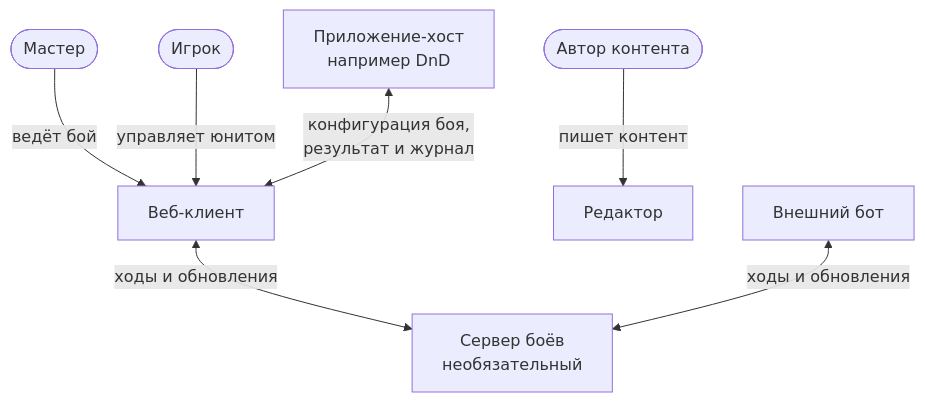
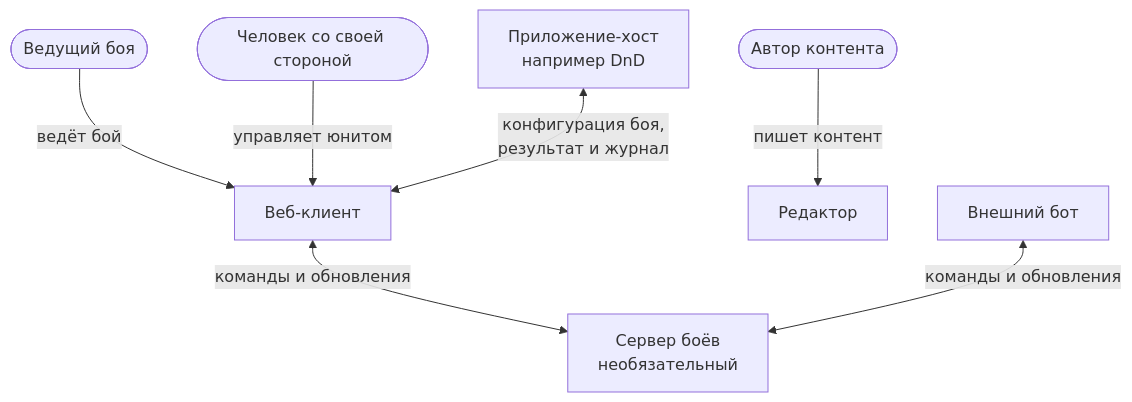
The diagram in docs/architecture/02-context.md (LinKav20/Heroes2dBattleGame), drawn with Mermaid before and after one commit. The commit also changed other lines of this file and 53 other files, not shown here.

````diff
--- a/docs/architecture/02-context.md
+++ b/docs/architecture/02-context.md
@@ -9,17 +11,17 @@
 ```mermaid
 flowchart TB
-  GM([Мастер])
-  PL([Игрок])
+  GM([Ведущий боя])
+  PL([Человек со своей стороной])
   AU([Автор контента])
   WEB["Веб-клиент"]
   ED["Редактор"]
   SRV["Сервер боёв<br/>необязательный"]
   HOST["Приложение-хост<br/>например DnD"]
   XBOT["Внешний бот"]
   GM -- "ведёт бой" --> WEB
   PL -- "управляет юнитом" --> WEB
   AU -- "пишет контент" --> ED
   HOST <-- "конфигурация боя,<br/>результат и журнал" --> WEB
-  WEB <-- "ходы и обновления" --> SRV
-  XBOT <-- "ходы и обновления" --> SRV
+  WEB <-- "команды и обновления" --> SRV
+  XBOT <-- "команды и обновления" --> SRV
 ```
````
